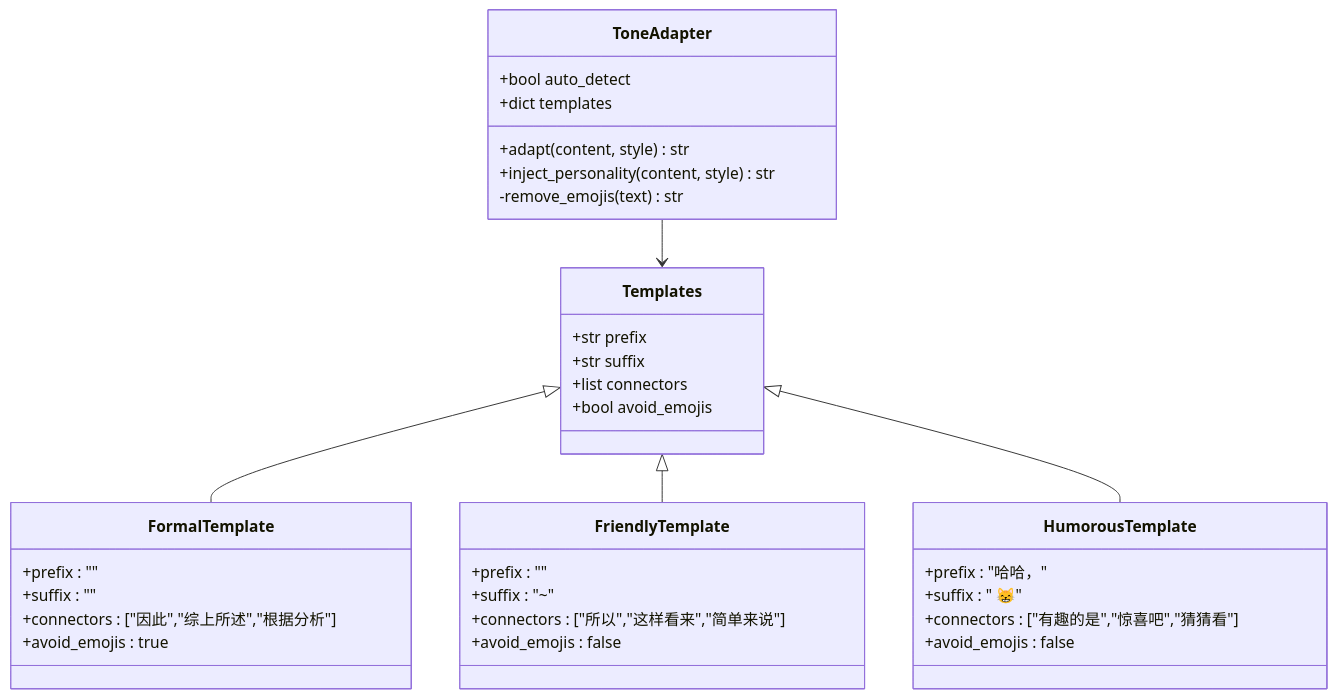
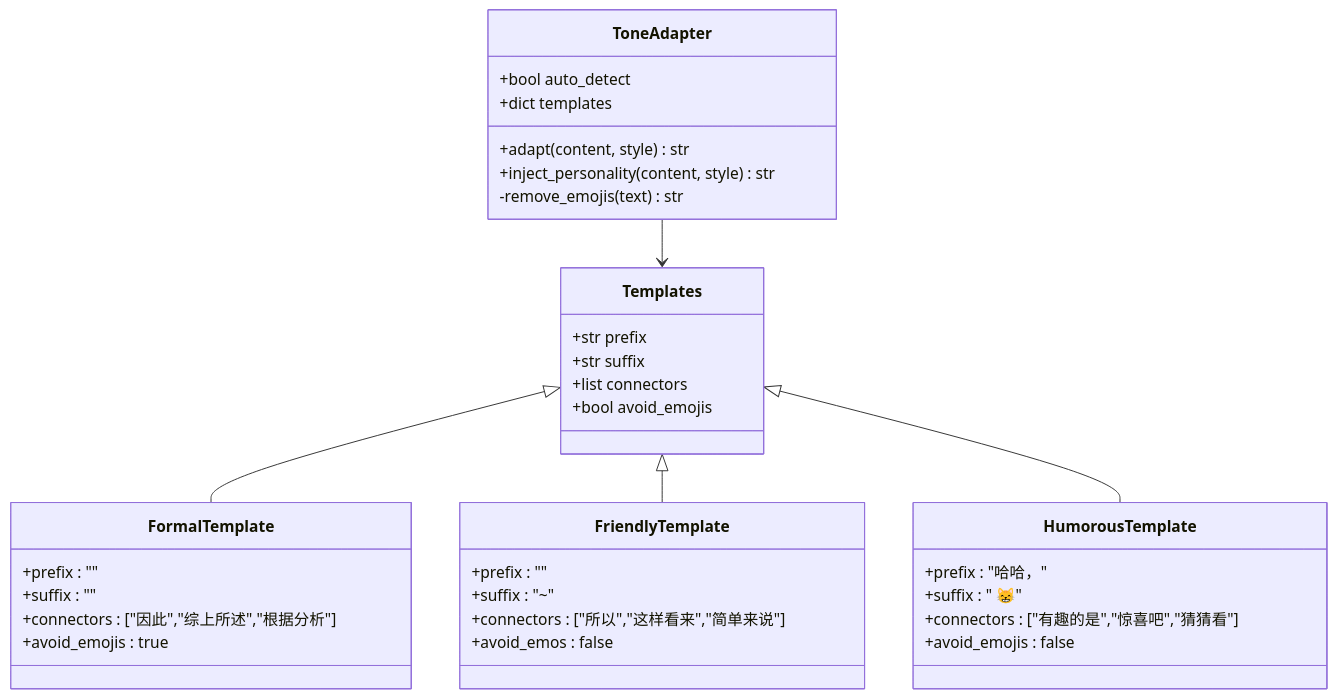
The fifth of 13 diagrams in .qoder/repowiki/zh/content/交互层模块/交互层模块.md (JieGaoPrinceton/NecoRAG), drawn with Mermaid before and after one commit. The commit also changed other lines of this file and 181 other files, not shown here.

````diff
--- a/.qoder/repowiki/zh/content/交互层模块/交互层模块.md
+++ b/.qoder/repowiki/zh/content/交互层模块/交互层模块.md
@@ -245,38 +250,38 @@
 ```mermaid
 classDiagram
 class ToneAdapter {
 +bool auto_detect
 +dict templates
 +adapt(content, style) str
 +inject_personality(content, style) str
 -remove_emojis(text) str
 }
 class Templates {
 +str prefix
 +str suffix
 +list connectors
 +bool avoid_emojis
 }
 class FormalTemplate {
 +prefix : ""
 +suffix : ""
 +connectors : ["因此","综上所述","根据分析"]
 +avoid_emojis : true
 }
 class FriendlyTemplate {
 +prefix : ""
 +suffix : "~"
 +connectors : ["所以","这样看来","简单来说"]
-+avoid_emojis : false
++avoid_emos : false
 }
 class HumorousTemplate {
 +prefix : "哈哈，"
 +suffix : " 😸"
 +connectors : ["有趣的是","惊喜吧","猜猜看"]
 +avoid_emojis : false
 }
 ToneAdapter --> Templates
 Templates <|-- FormalTemplate
 Templates <|-- FriendlyTemplate
 Templates <|-- HumorousTemplate
 ```
````
